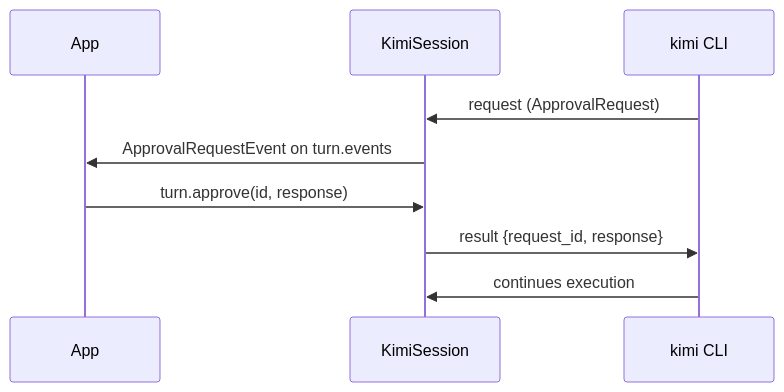
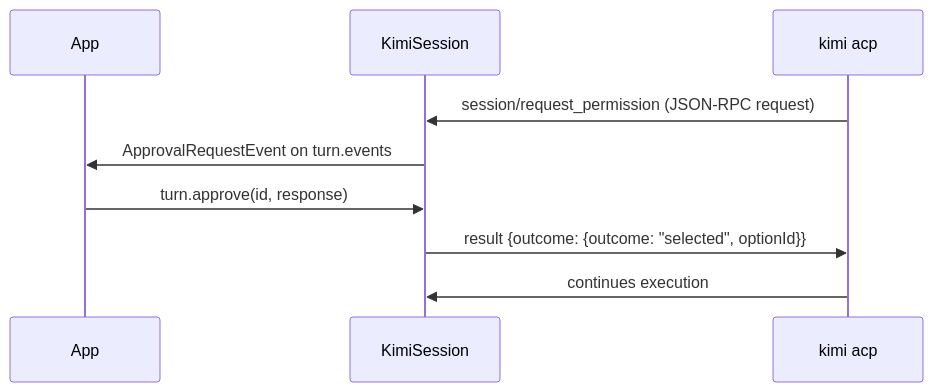
One commit to epatel/flutter_kimi_sdk changed the diagram in cards/tool-approvals.md. Above: the diagram before and after it, drawn with Mermaid. The commit also changed other lines of this file and 16 other files, not shown here.

````diff
--- a/cards/tool-approvals.md
+++ b/cards/tool-approvals.md
@@ -7,12 +9,12 @@
 ```mermaid
 sequenceDiagram
   participant App
   participant SDK as KimiSession
-  participant CLI as kimi CLI
+  participant CLI as kimi acp
 
-  CLI->>SDK: request (ApprovalRequest)
+  CLI->>SDK: session/request_permission (JSON-RPC request)
   SDK->>App: ApprovalRequestEvent on turn.events
   App->>SDK: turn.approve(id, response)
-  SDK->>CLI: result {request_id, response}
+  SDK->>CLI: result {outcome: {outcome: "selected", optionId}}
   CLI->>SDK: continues execution
 ```
````
